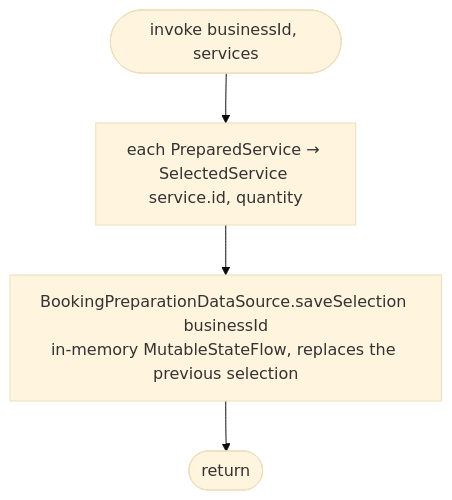
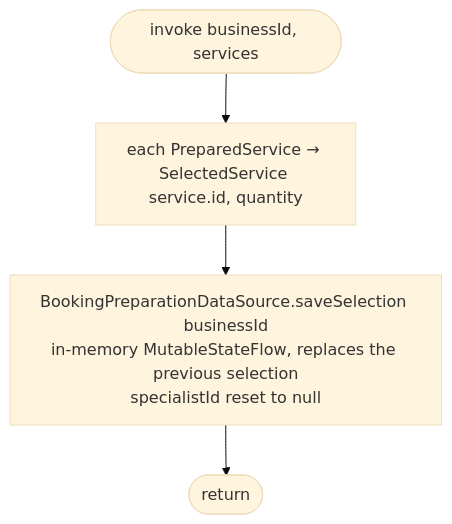
One commit to nocturneproperties/bookkme-client changed the diagram in docs/operations/booking/set-booking-services.md. Above: the diagram before and after it, drawn with Mermaid (base theme). The commit also changed other lines of this file and 76 other files, not shown here.

````diff
--- a/docs/operations/booking/set-booking-services.md
+++ b/docs/operations/booking/set-booking-services.md
@@ -13,6 +14,6 @@
 ```mermaid
 flowchart TD
     Start([invoke businessId, services]) --> Map[each PreparedService → SelectedService service.id, quantity]
-    Map --> Save[BookingPreparationDataSource.saveSelection businessId<br/>in-memory MutableStateFlow, replaces the previous selection]
+    Map --> Save[BookingPreparationDataSource.saveSelection businessId<br/>in-memory MutableStateFlow, replaces the previous selection<br/>specialistId reset to null]
     Save --> Done([return])
 ```
````
